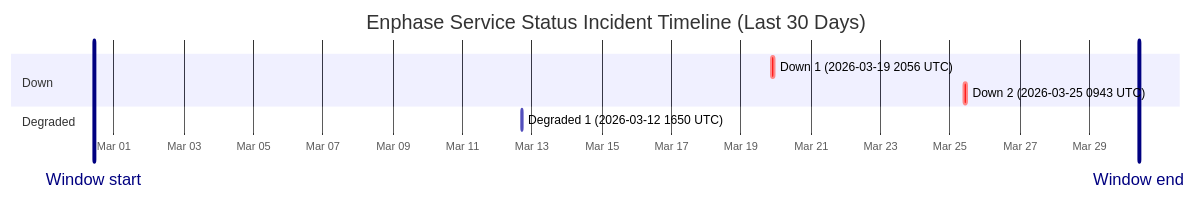
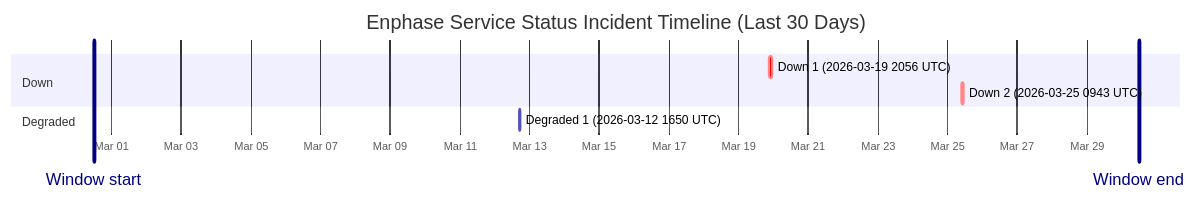
The diagram in wiki/Service-Status-History.md (barneyonline/ha-enphase-ev-charger), drawn with Mermaid before and after one commit. The commit also changed other lines of this file and 3 other files, not shown here.

````diff
--- a/wiki/Service-Status-History.md
+++ b/wiki/Service-Status-History.md
@@ -14,13 +14,13 @@
 ```mermaid
 gantt
     title Enphase Service Status Incident Timeline (Last 30 Days)
     dateFormat  YYYY-MM-DDTHH:mm:ss
     axisFormat  %b %d
-    Window start :vert, window-start, 2026-02-28T10:07:26, 0ms
-    Window end :vert, window-end, 2026-03-30T10:07:26, 0ms
+    Window start :vert, window-start, 2026-02-28T11:48:34, 0ms
+    Window end :vert, window-end, 2026-03-30T11:48:34, 0ms
     section Down
     Down 1 (2026-03-19 2056 UTC) :crit, down-1, 2026-03-19T20:56:20, 145m
     Down 2 (2026-03-25 0943 UTC) :crit, down-2, 2026-03-25T09:43:28, 111m
     section Degraded
     Degraded 1 (2026-03-12 1650 UTC) :active, degraded-1, 2026-03-12T16:50:43, 60m
 ```
````
